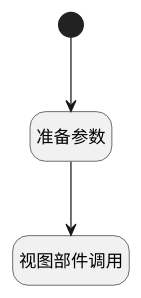
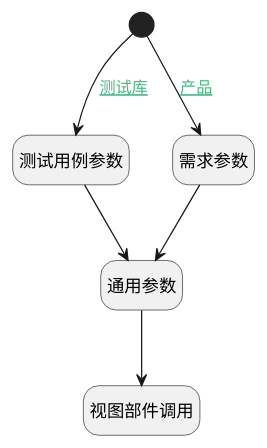
One commit to iBizLab/plm changed the diagram in doc/docsify/module/TestMgmt/review/uilogic/create_section.md. Above: the diagram before and after it, drawn with PlantUML. The commit also changed other lines of this file and 799 other files, not shown here.

````diff
--- a/doc/docsify/module/TestMgmt/review/uilogic/create_section.md
+++ b/doc/docsify/module/TestMgmt/review/uilogic/create_section.md
@@ -7,21 +7,26 @@
 ```plantuml
 @startuml
 hide footbox
 <style>
 root {
   HyperlinkColor #42b983
 }
 </style>
 
 hide empty description
 state "开始" as Begin <<start>> [[$./create_section#begin {开始}]]
-state "准备参数" as PREPAREJSPARAM1  [[$./create_section#preparejsparam1 {准备参数}]]
+state "测试用例参数" as PREPAREJSPARAM1  [[$./create_section#preparejsparam1 {测试用例参数}]]
+state "需求参数" as PREPAREJSPARAM2  [[$./create_section#preparejsparam2 {需求参数}]]
 state "视图部件调用" as VIEWCTRLINVOKE1  [[$./create_section#viewctrlinvoke1 {视图部件调用}]]
+state "通用参数" as PREPAREJSPARAM3  [[$./create_section#preparejsparam3 {通用参数}]]
 
 
-Begin --> PREPAREJSPARAM1
-PREPAREJSPARAM1 --> VIEWCTRLINVOKE1
+Begin --> PREPAREJSPARAM1 : [[$./create_section#begin-preparejsparam1{测试库} 测试库]]
+PREPAREJSPARAM1 --> PREPAREJSPARAM3
+PREPAREJSPARAM3 --> VIEWCTRLINVOKE1
+Begin --> PREPAREJSPARAM2 : [[$./create_section#begin-preparejsparam2{产品} 产品]]
+PREPAREJSPARAM2 --> PREPAREJSPARAM3
 
 
 @enduml
 ```
````
